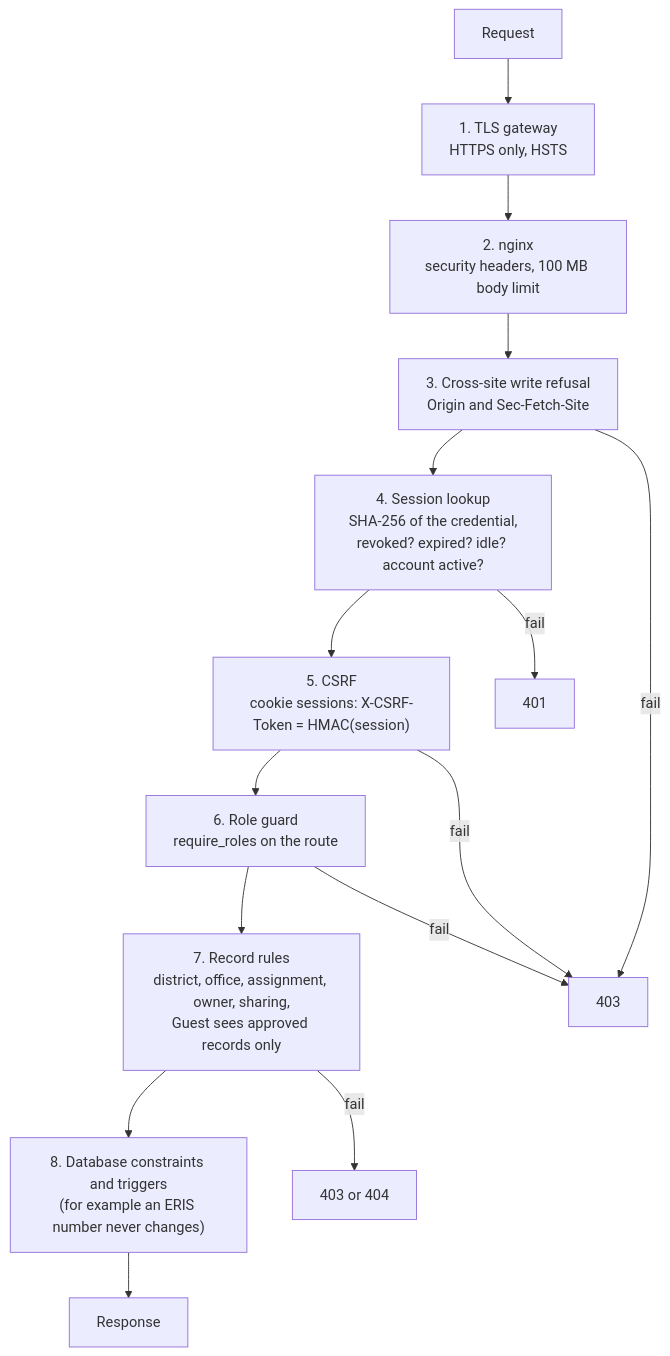
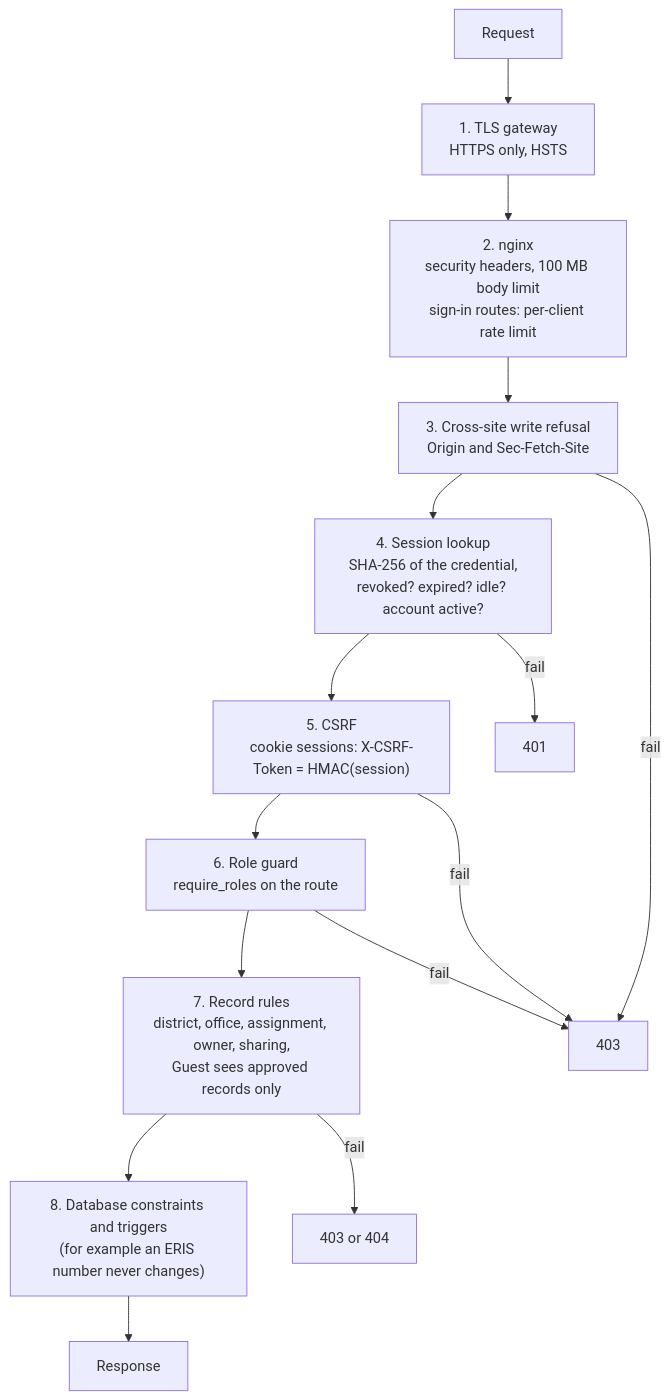
Before and after one commit to Alexeitor292/ERIS_REACT_native: the second of 2 diagrams in docs/security/README.md, drawn with Mermaid. The commit also changed other lines of this file and 26 other files, not shown here.

First line of the commit message:
Harden sign-in, browser headers and dependencies

````diff
--- a/docs/security/README.md
+++ b/docs/security/README.md
@@ -98,17 +98,17 @@
 ```mermaid
 flowchart TB
     req["Request"] --> l1["1. TLS gateway<br/>HTTPS only, HSTS"]
-    l1 --> l2["2. nginx<br/>security headers, 100 MB body limit"]
+    l1 --> l2["2. nginx<br/>security headers, 100 MB body limit<br/>sign-in routes: per-client rate limit"]
     l2 --> l3["3. Cross-site write refusal<br/>Origin and Sec-Fetch-Site"]
     l3 --> l4["4. Session lookup<br/>SHA-256 of the credential,<br/>revoked? expired? idle? account active?"]
     l4 --> l5["5. CSRF<br/>cookie sessions: X-CSRF-Token = HMAC(session)"]
     l5 --> l6["6. Role guard<br/>require_roles on the route"]
     l6 --> l7["7. Record rules<br/>district, office, assignment, owner, sharing,<br/>Guest sees approved records only"]
     l7 --> l8["8. Database constraints and triggers<br/>(for example an ERIS number never changes)"]
     l8 --> ok["Response"]
     l3 -->|fail| r403["403"]
     l4 -->|fail| r401["401"]
     l5 -->|fail| r403
     l6 -->|fail| r403
     l7 -->|fail| r404["403 or 404"]
 ```
````
